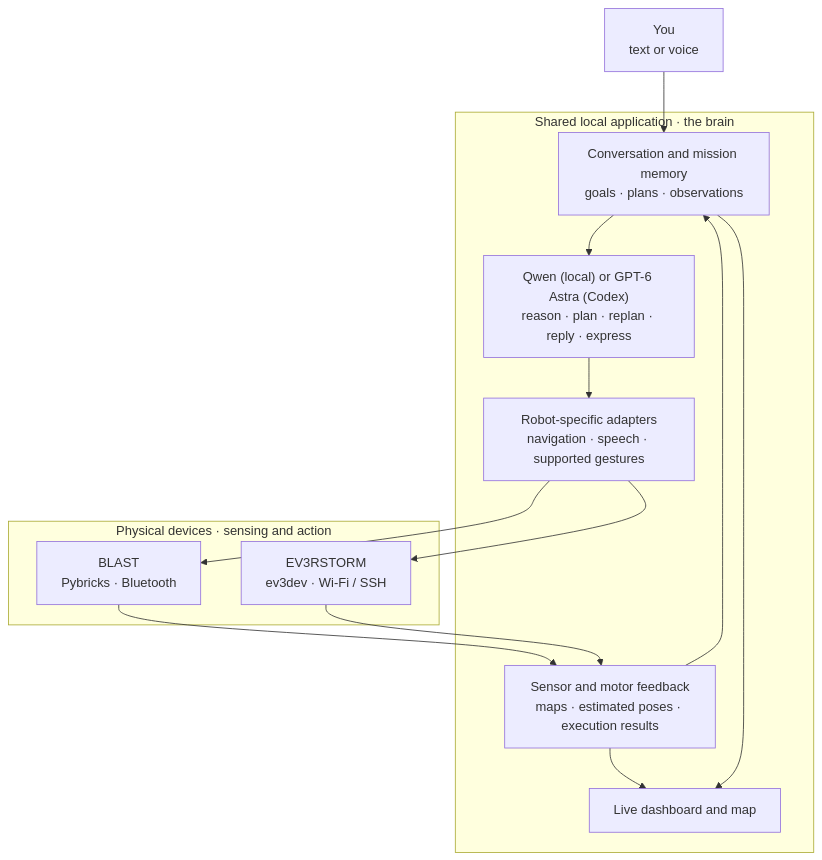
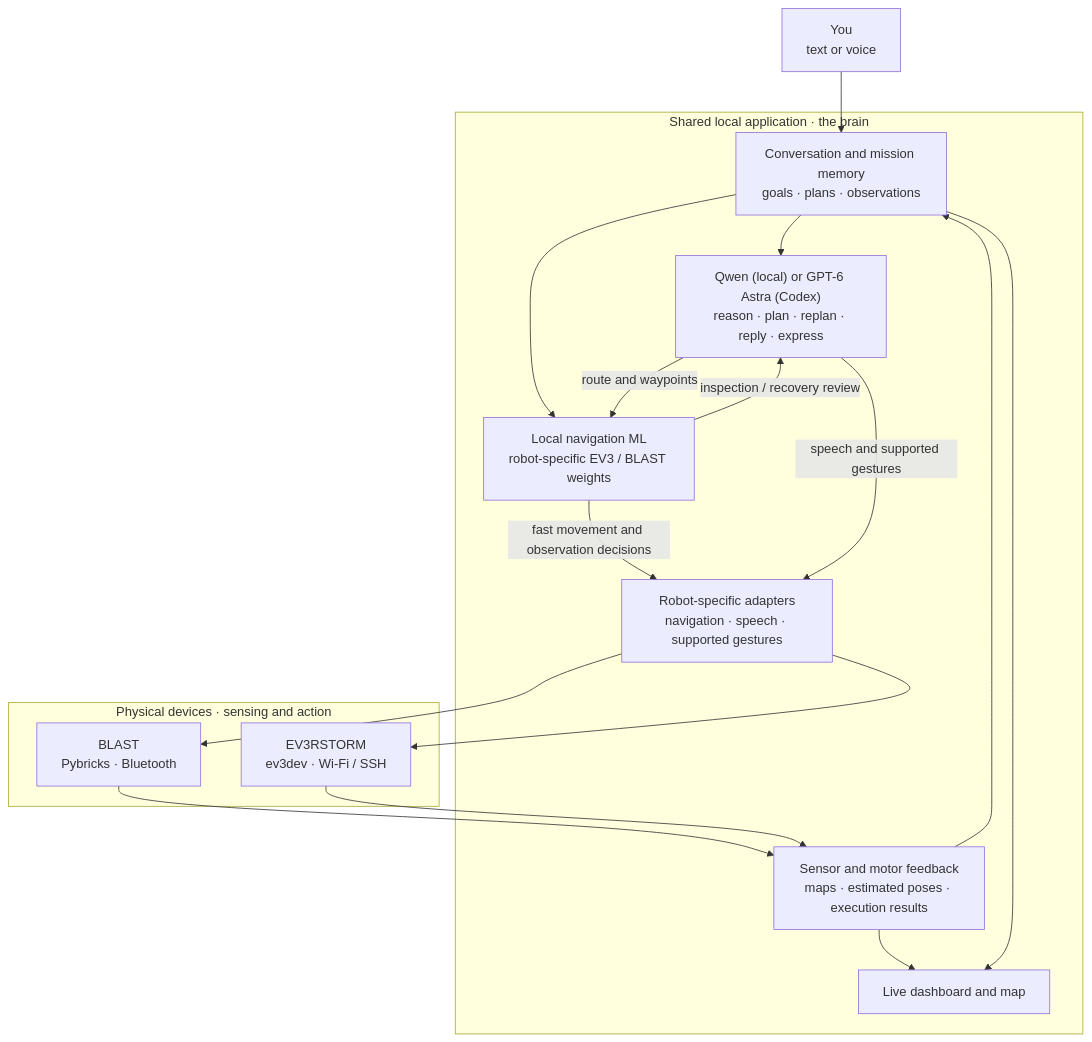
Before and after one commit to Jawbreaker1/robot-llm: the diagram in README.md, drawn with Mermaid. The commit also changed other lines of this file and 29 other files, not shown here.

First line of the commit message:
Integrate parallel robot speech and shared navigation feedback

````diff
--- a/README.md
+++ b/README.md
@@ -113,20 +143,24 @@
 ```mermaid
 flowchart TD
     U["You<br/>text or voice"] --> H
     subgraph APP["Shared local application · the brain"]
         H["Conversation and mission memory<br/>goals · plans · observations"]
         H --> Q["Qwen (local) or GPT-6 Astra (Codex)<br/>reason · plan · replan · reply · express"]
-        Q --> X["Robot-specific adapters<br/>navigation · speech · supported gestures"]
+        H --> N["Local navigation ML<br/>robot-specific EV3 / BLAST weights"]
+        Q -->|"route and waypoints"| N
+        N -->|"inspection / recovery review"| Q
+        N -->|"fast movement and observation decisions"| X["Robot-specific adapters<br/>navigation · speech · supported gestures"]
+        Q -->|"speech and supported gestures"| X
         O["Sensor and motor feedback<br/>maps · estimated poses · execution results"] --> H
         O --> D["Live dashboard and map"]
         H --> D
     end
     subgraph BODIES["Physical devices · sensing and action"]
         B["BLAST<br/>Pybricks · Bluetooth"]
         E["EV3RSTORM<br/>ev3dev · Wi-Fi / SSH"]
     end
     X --> B
     X --> E
     B --> O
     E --> O
 ```
````
